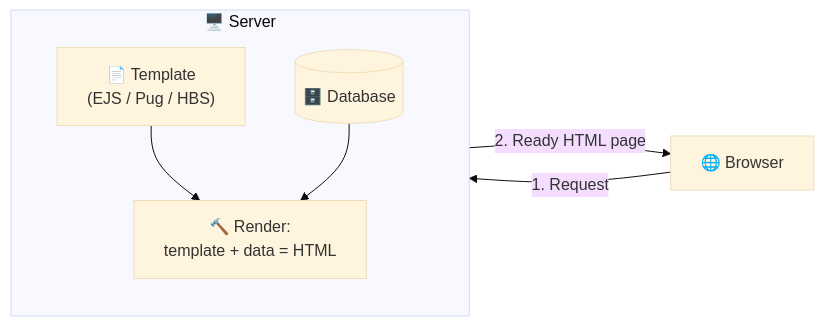
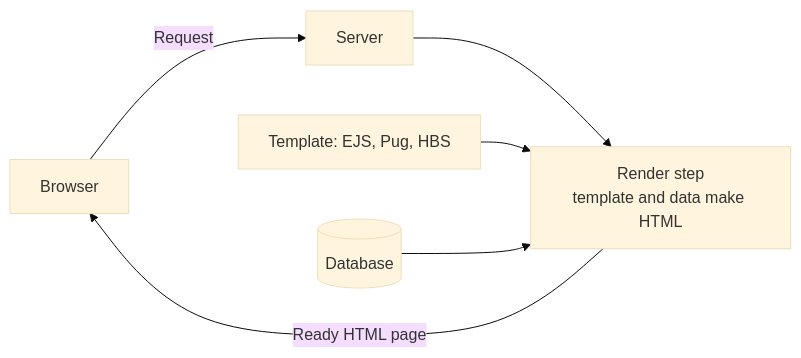
Before and after one commit to saikot05/backend-zero-to-expert: the seventh of 9 diagrams in 01-web-fundamentals/README.md, drawn with Mermaid (base theme). The commit also changed other lines of this file, not shown here.

Commit message:
docs: simplify all mermaid diagrams in 01 part 1

````diff
--- a/01-web-fundamentals/README.md
+++ b/01-web-fundamentals/README.md
@@ -213,13 +198,8 @@
 ```mermaid
 flowchart LR
-    B["🌐 Browser"] -- "1. Request" --> S
-    subgraph S["🖥️ Server"]
-        direction TB
-        T["📄 Template<br/>(EJS / Pug / HBS)"]
-        D[("🗄️ Database")]
-        R["🔨 Render:<br/>template + data = HTML"]
-        T --> R
-        D --> R
-    end
-    S -- "2. Ready HTML page" --> B
+    B["Browser"] -->|Request| S["Server"]
+    S --> R["Render step<br/>template and data make HTML"]
+    T["Template: EJS, Pug, HBS"] --> R
+    D[("Database")] --> R
+    R -->|Ready HTML page| B
 ```
````
